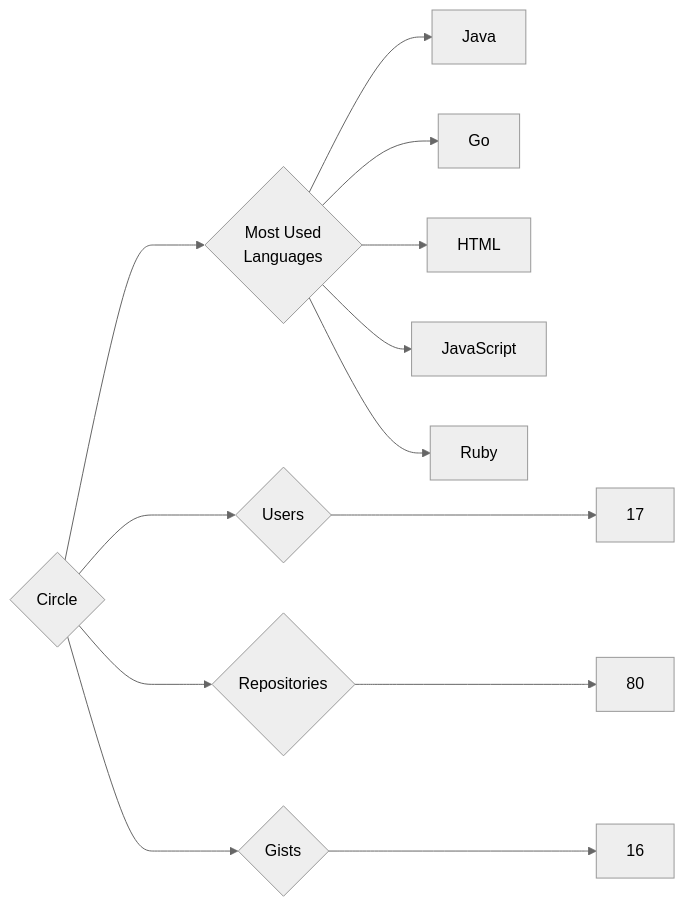
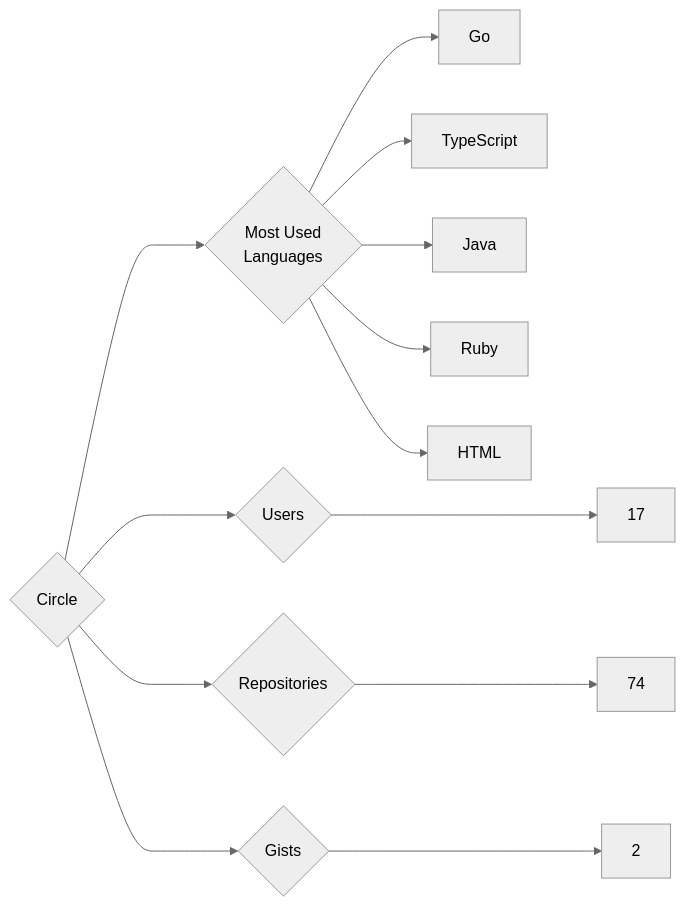
Before and after one commit to trickest/insiders: the diagram in targets/Circle/README.md, drawn with Mermaid (neutral theme). The commit also changed 870 other files, not shown here.

````diff
--- a/targets/Circle/README.md
+++ b/targets/Circle/README.md
@@ -3,13 +3,13 @@
 ```mermaid
 graph LR
 COMPANY_NAME{Circle}
 COMPANY_NAME ---> U{Users} ---> UN[17]
-COMPANY_NAME ---> R{Repositories} ---> RN[80]
-COMPANY_NAME ---> G{Gists} ---> GN[16]
+COMPANY_NAME ---> R{Repositories} ---> RN[74]
+COMPANY_NAME ---> G{Gists} ---> GN[2]
 COMPANY_NAME ---> ML{Most Used<br>Languages}
+ML --> Go[Go]
+ML --> TypeScript[TypeScript]
 ML --> Java[Java]
-ML --> Go[Go]
+ML --> Ruby[Ruby]
 ML --> HTML[HTML]
-ML --> JavaScript[JavaScript]
-ML --> Ruby[Ruby]
 ```
````
